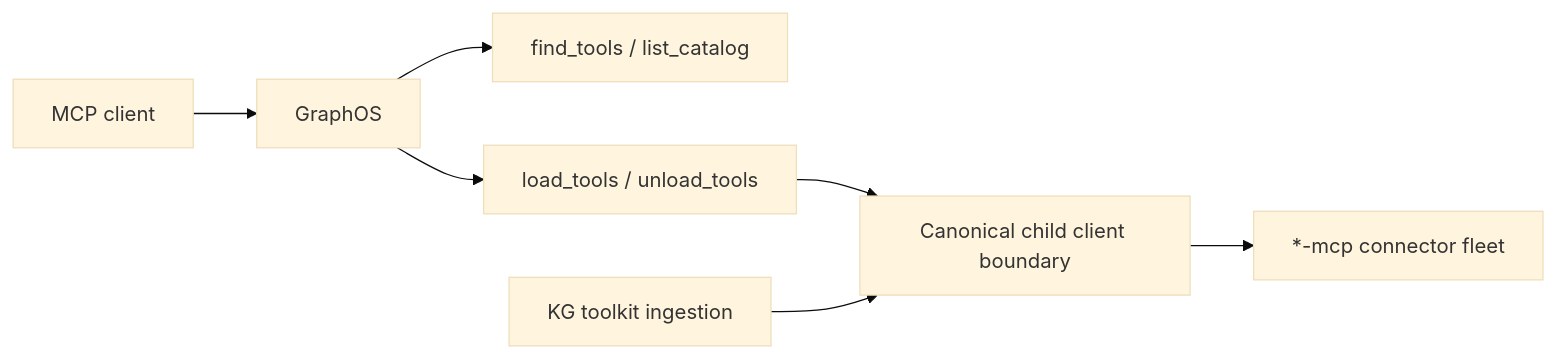
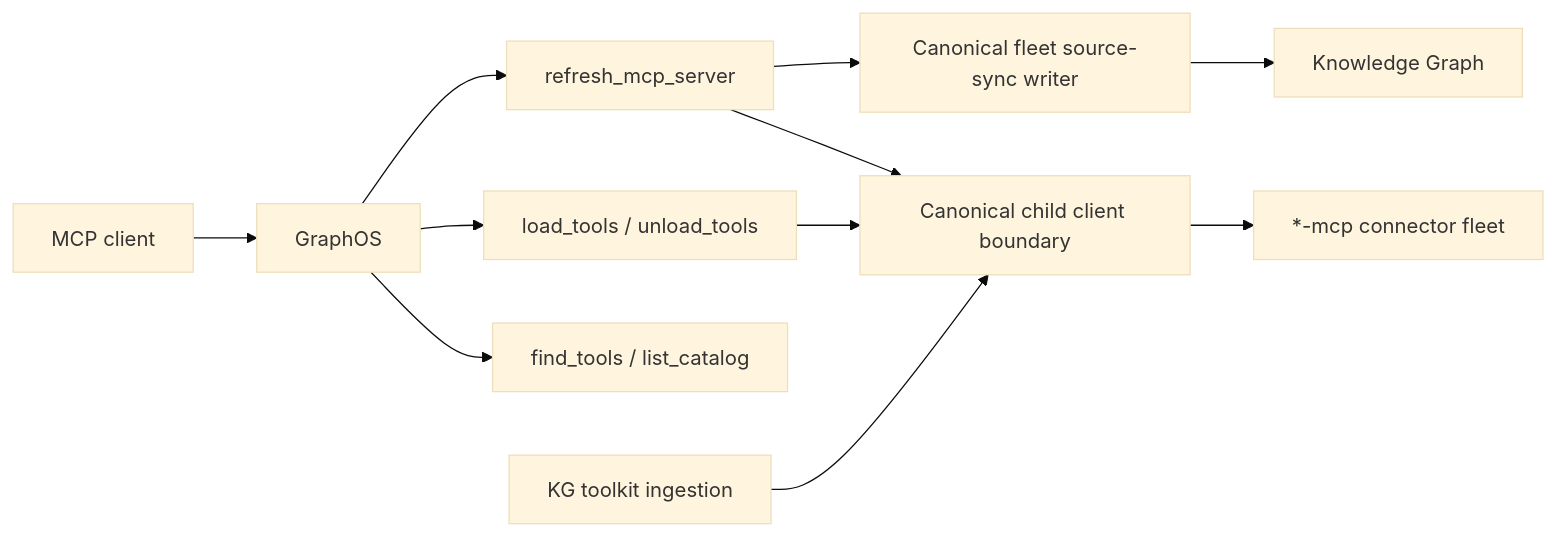
One commit to Knuckles-Team/agent-utilities changed the diagram in docs/architecture/mcp_multiplexer.md. Above: the diagram before and after it, drawn with Mermaid (base theme). The commit also changed other lines of this file and 21 other files, not shown here.

Commit message:
feat: add governed MCP child refresh

````diff
--- a/docs/architecture/mcp_multiplexer.md
+++ b/docs/architecture/mcp_multiplexer.md
@@ -10,9 +10,13 @@
 ```mermaid
 flowchart LR
     Client[MCP client] --> GraphOS[GraphOS]
     GraphOS --> Catalog[find_tools / list_catalog]
     GraphOS --> Loader[load_tools / unload_tools]
+    GraphOS --> Refresh[refresh_mcp_server]
     Loader --> Probe[Canonical child client boundary]
+    Refresh --> Probe
     Toolkit[KG toolkit ingestion] --> Probe
     Probe --> Fleet[*-mcp connector fleet]
+    Refresh --> Writer[Canonical fleet source-sync writer]
+    Writer --> KG[Knowledge Graph]
 ```
````
